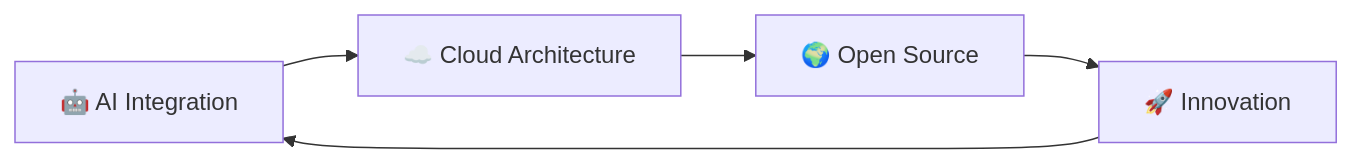
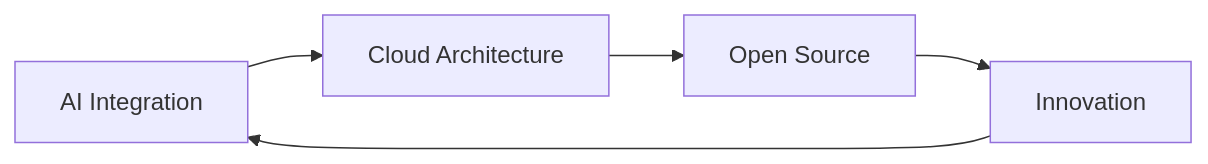
The diagram in README.md (tuosminh/tuosminh), drawn with Mermaid before and after one commit. The commit also changed other lines of this file, not shown here.

````diff
--- a/README.md
+++ b/README.md
@@ -269,7 +269,7 @@
 ```mermaid
 graph LR
-    A[🤖 AI Integration] --> B[☁️ Cloud Architecture]
-    B --> C[🌍 Open Source]
-    C --> D[🚀 Innovation]
+    A[AI Integration] --> B[Cloud Architecture]
+    B --> C[Open Source]
+    C --> D[Innovation]
     D --> A
 ```
````
